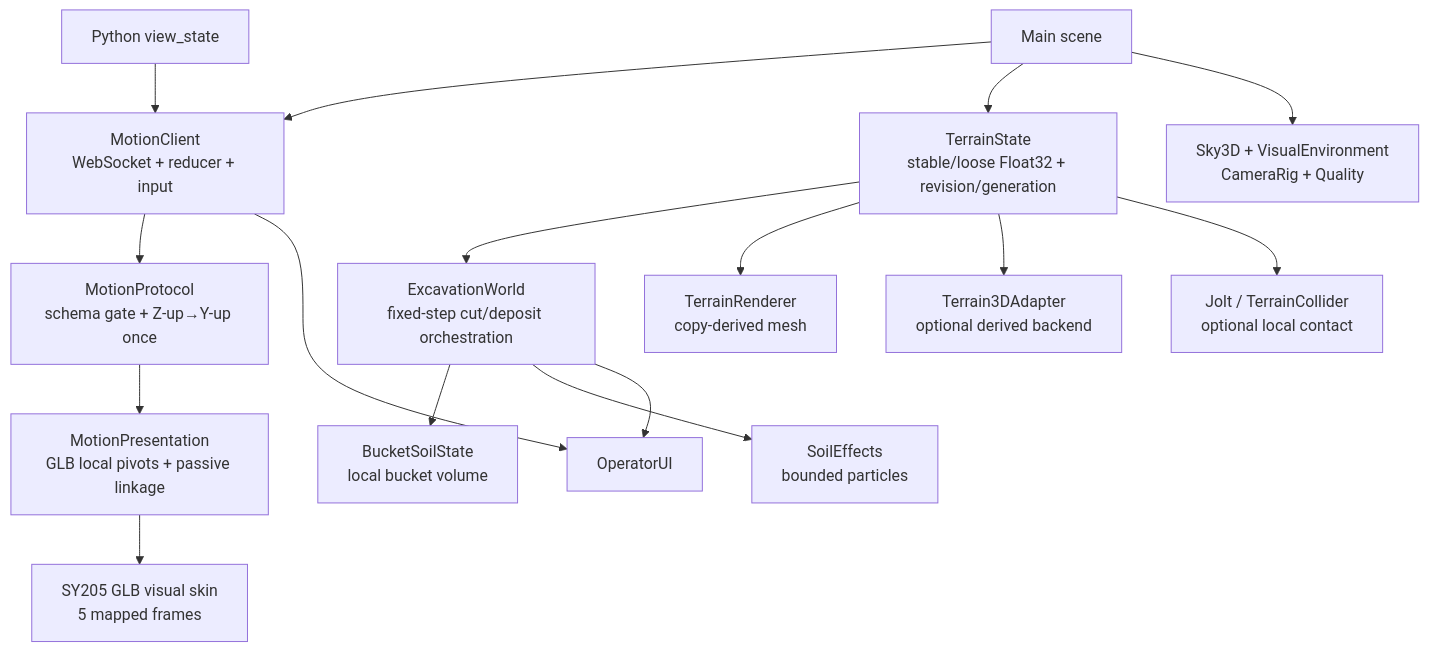
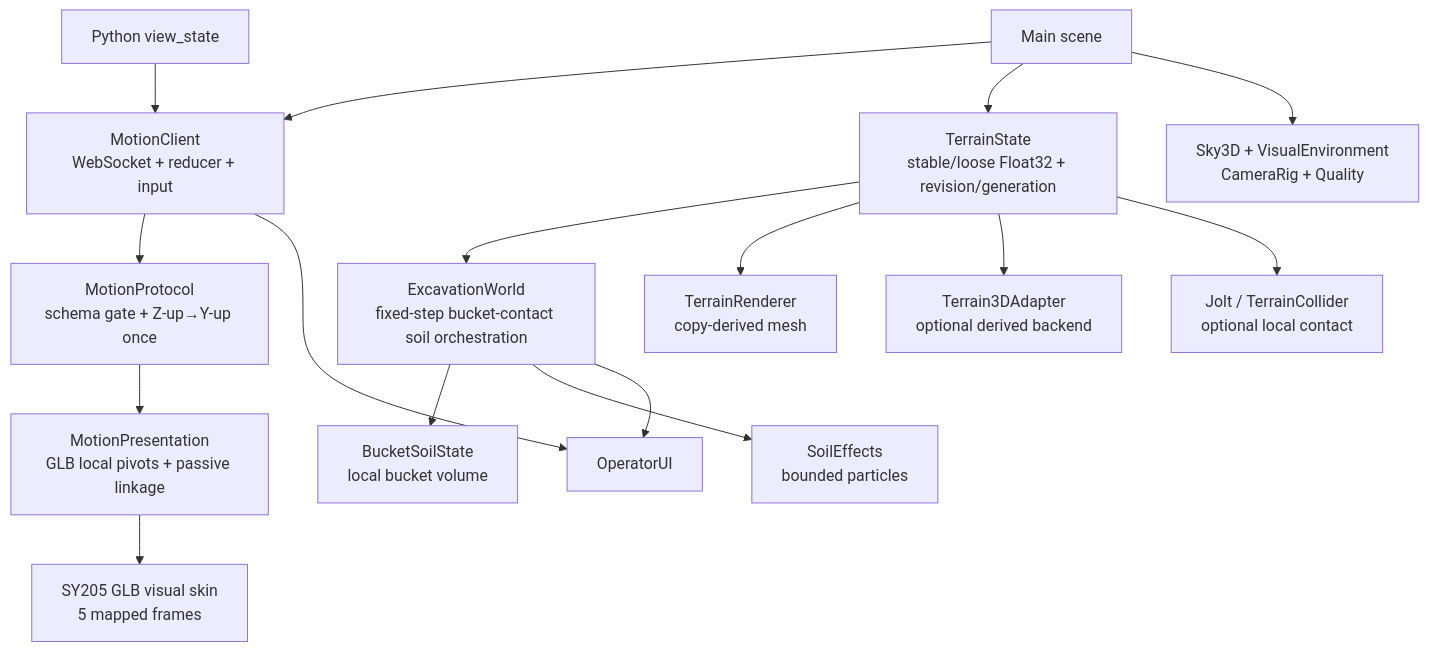
The fourth of 8 diagrams in docs/architecture/engineering.md (Rosatus/ExcavatorSim), drawn with Mermaid before and after one commit. The commit also changed other lines of this file and 54 other files, not shown here.

Commit message:
feat: add automatic bucket soil interaction

````diff
--- a/docs/architecture/engineering.md
+++ b/docs/architecture/engineering.md
@@ -147,29 +147,29 @@
 ```mermaid
 flowchart TB
     main[Main scene]
     motion_client[MotionClient<br/>WebSocket + reducer + input]
     protocol[MotionProtocol<br/>schema gate + Z-up→Y-up once]
     presentation[MotionPresentation<br/>GLB local pivots + passive linkage]
     glb[SY205 GLB visual skin<br/>5 mapped frames]
     terrain_state[TerrainState<br/>stable/loose Float32 + revision/generation]
     bucket[BucketSoilState<br/>local bucket volume]
-    excavation[ExcavationWorld<br/>fixed-step cut/deposit orchestration]
+    excavation[ExcavationWorld<br/>fixed-step bucket-contact soil orchestration]
     renderer[TerrainRenderer<br/>copy-derived mesh]
     t3d[Terrain3DAdapter<br/>optional derived backend]
     jolt[Jolt / TerrainCollider<br/>optional local contact]
     soil[SoilEffects<br/>bounded particles]
     visual[Sky3D + VisualEnvironment<br/>CameraRig + Quality]
     ui[OperatorUI]
 
     main --> motion_client --> protocol --> presentation --> glb
     main --> terrain_state --> excavation
     excavation --> bucket
     terrain_state --> renderer
     terrain_state --> t3d
     terrain_state --> jolt
     excavation --> soil
     main --> visual
     motion_client --> ui
     excavation --> ui
     python_state[Python view_state] --> motion_client
 ```
````
